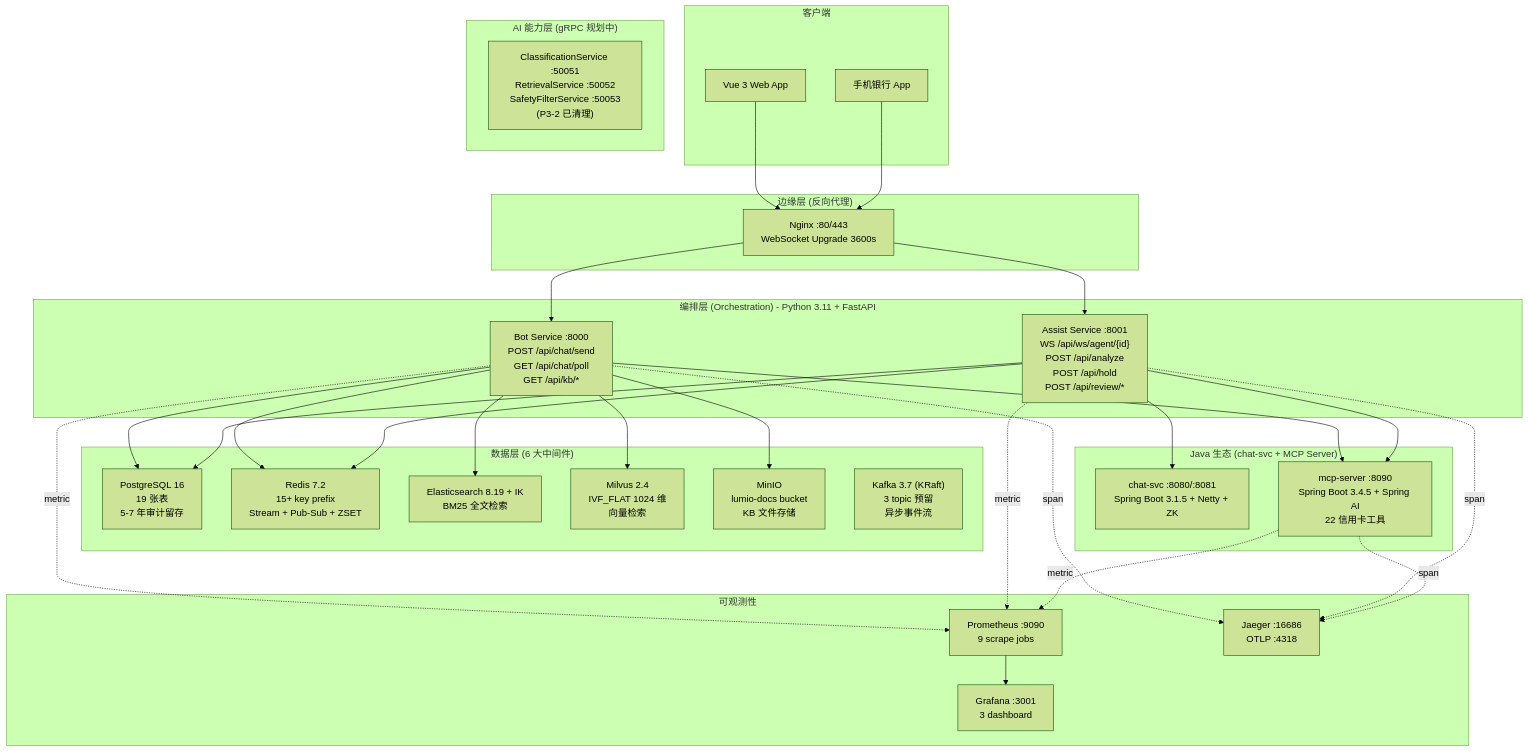
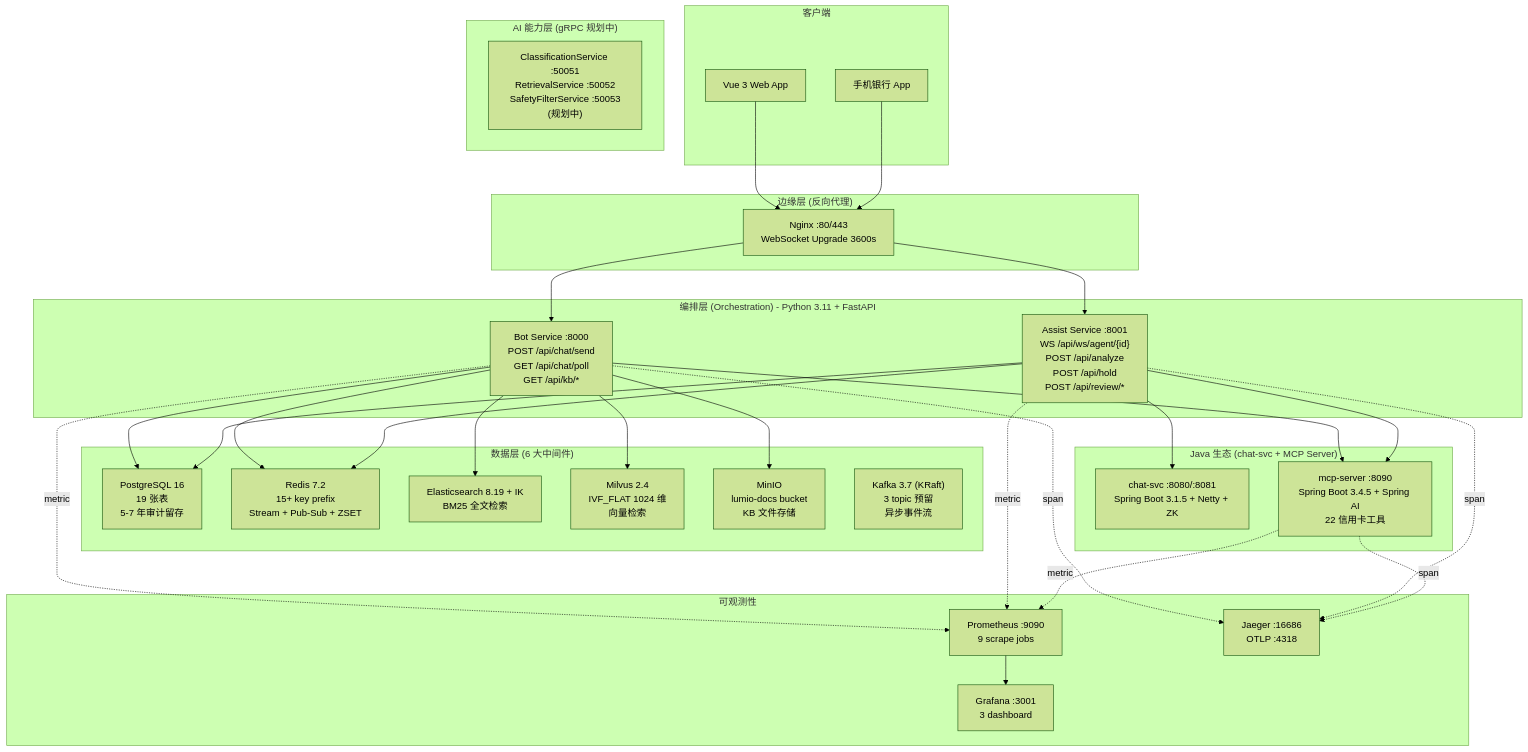
One commit to slowleelab/QingQue changed the first of 2 diagrams in docs/book/01-architecture-overview.md. Above: the diagram before and after it, drawn with Mermaid (forest theme). The commit also changed other lines of this file and 22 other files, not shown here.

````diff
--- a/docs/book/01-architecture-overview.md
+++ b/docs/book/01-architecture-overview.md
@@ -25,62 +25,62 @@
 ```mermaid
 graph TB
     subgraph Client["客户端"]
         Web["Vue 3 Web App"]
         Customer["手机银行 App"]
     end
 
     subgraph Edge["边缘层 (反向代理)"]
         Nginx["Nginx :80/443<br/>WebSocket Upgrade 3600s"]
     end
 
     subgraph Orch["编排层 (Orchestration) - Python 3.11 + FastAPI"]
         Bot["Bot Service :8000<br/>POST /api/chat/send<br/>GET /api/chat/poll<br/>GET /api/kb/*"]
         Assist["Assist Service :8001<br/>WS /api/ws/agent/{id}<br/>POST /api/analyze<br/>POST /api/hold<br/>POST /api/review/*"]
     end
 
     subgraph Capability["AI 能力层 (gRPC 规划中)"]
-        Note1["ClassificationService :50051<br/>RetrievalService :50052<br/>SafetyFilterService :50053<br/>(P3-2 已清理)"]
+        Note1["ClassificationService :50051<br/>RetrievalService :50052<br/>SafetyFilterService :50053<br/>(规划中)"]
     end
 
     subgraph Data["数据层 (6 大中间件)"]
         PG["PostgreSQL 16<br/>19 张表<br/>5-7 年审计留存"]
         Redis["Redis 7.2<br/>15+ key prefix<br/>Stream + Pub-Sub + ZSET"]
         ES["Elasticsearch 8.19 + IK<br/>BM25 全文检索"]
         Milvus["Milvus 2.4<br/>IVF_FLAT 1024 维<br/>向量检索"]
         MinIO["MinIO<br/>lumio-docs bucket<br/>KB 文件存储"]
         Kafka["Kafka 3.7 (KRaft)<br/>3 topic 预留<br/>异步事件流"]
     end
 
     subgraph Observability["可观测性"]
         Prom["Prometheus :9090<br/>9 scrape jobs"]
         Grafana["Grafana :3001<br/>3 dashboard"]
         Jaeger["Jaeger :16686<br/>OTLP :4318"]
     end
 
     subgraph Java["Java 生态 (chat-svc + MCP Server)"]
         ChatSvc["chat-svc :8080/:8081<br/>Spring Boot 3.1.5 + Netty + ZK"]
         MCPServer["mcp-server :8090<br/>Spring Boot 3.4.5 + Spring AI<br/>22 信用卡工具"]
     end
 
     Web --> Nginx
     Customer --> Nginx
     Nginx --> Bot
     Nginx --> Assist
     Bot --> PG
     Bot --> Redis
     Bot --> ES
     Bot --> Milvus
     Bot --> MinIO
     Bot --> MCPServer
     Assist --> PG
     Assist --> Redis
     Assist --> MCPServer
     Assist --> ChatSvc
     Bot -.span.-> Jaeger
     Assist -.span.-> Jaeger
     MCPServer -.span.-> Jaeger
     Bot -.metric.-> Prom
     Assist -.metric.-> Prom
     MCPServer -.metric.-> Prom
     Prom --> Grafana
 ```
````
